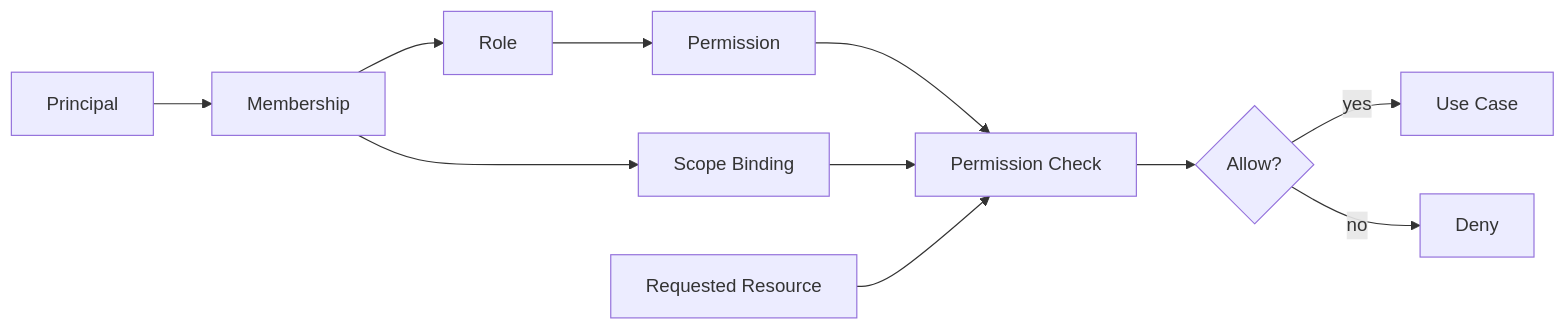
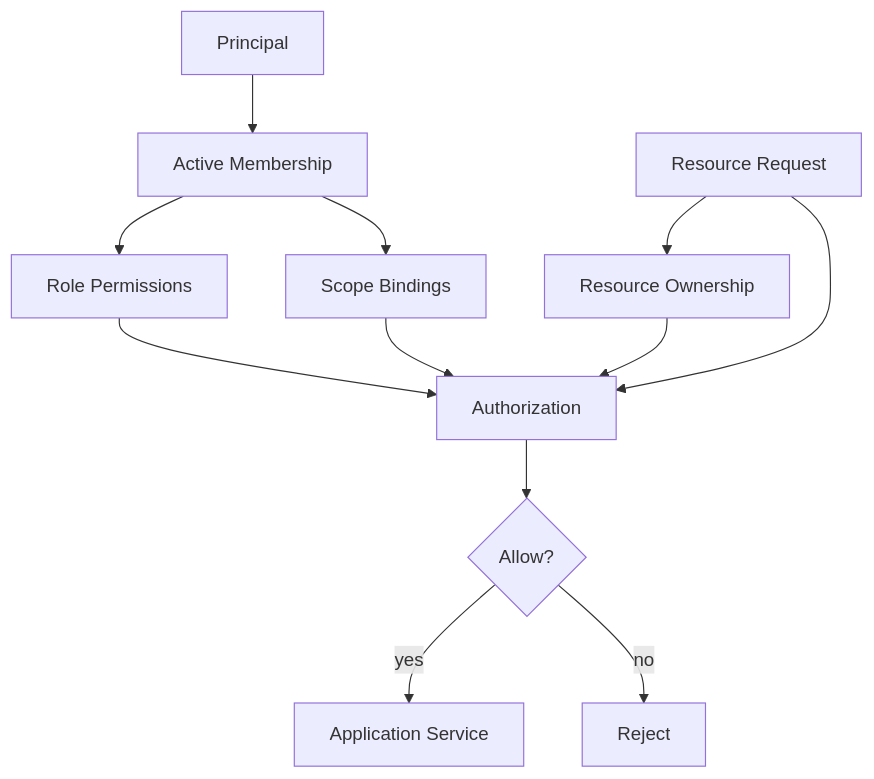
The second of 3 diagrams in docs/domain/identity.md (D-engahmed/OMILINKS), drawn with Mermaid before and after one commit. The commit also changed other lines of this file and 3 other files, not shown here.

````diff
--- a/docs/domain/identity.md
+++ b/docs/domain/identity.md
@@ -79,13 +66,14 @@
-```mermaid
-flowchart LR
-P[Principal] --> M[Membership]
-M --> ROLE[Role]
-ROLE --> PERM[Permission]
-M --> SCOPE[Scope Binding]
-PERM --> CHECK[Permission Check]
+~~~mermaid
+flowchart TD
+PRINCIPAL[Principal] --> MEMBERSHIP[Active Membership]
+MEMBERSHIP --> ROLE[Role Permissions]
+MEMBERSHIP --> SCOPE[Scope Bindings]
+REQUEST[Resource Request] --> OWNERSHIP[Resource Ownership]
+ROLE --> CHECK[Authorization]
 SCOPE --> CHECK
-RESOURCE[Requested Resource] --> CHECK
+OWNERSHIP --> CHECK
+REQUEST --> CHECK
 CHECK --> DECISION{Allow?}
-DECISION -->|yes| USE[Use Case]
-DECISION -->|no| DENY[Deny]
-```
+DECISION -->|yes| USE[Application Service]
+DECISION -->|no| DENY[Reject]
+~~~
````
